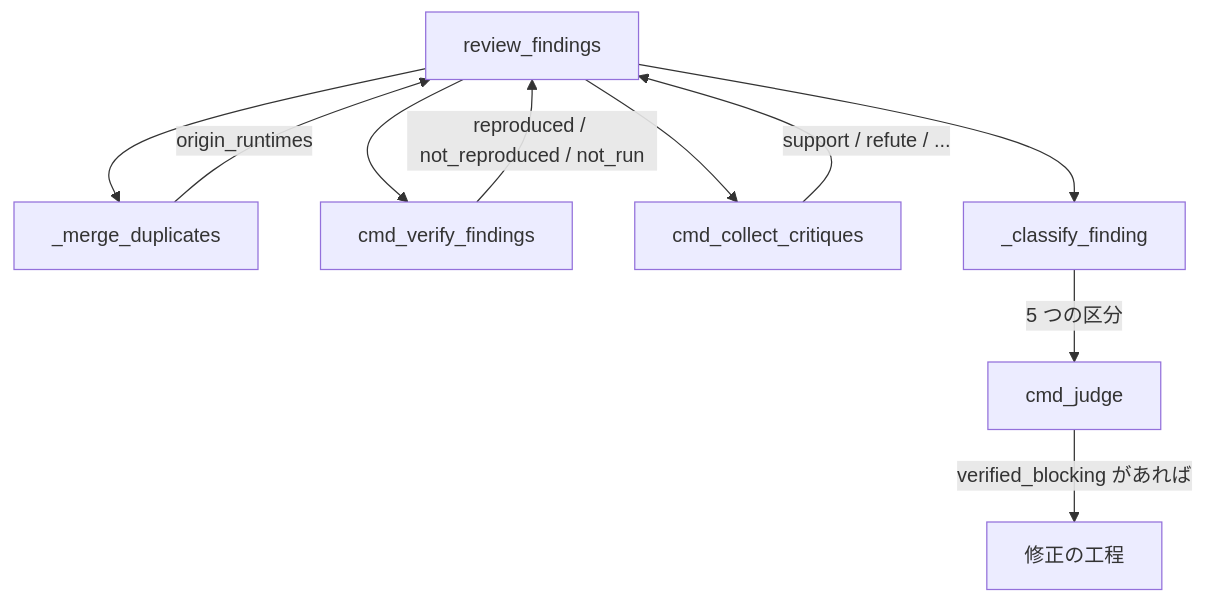
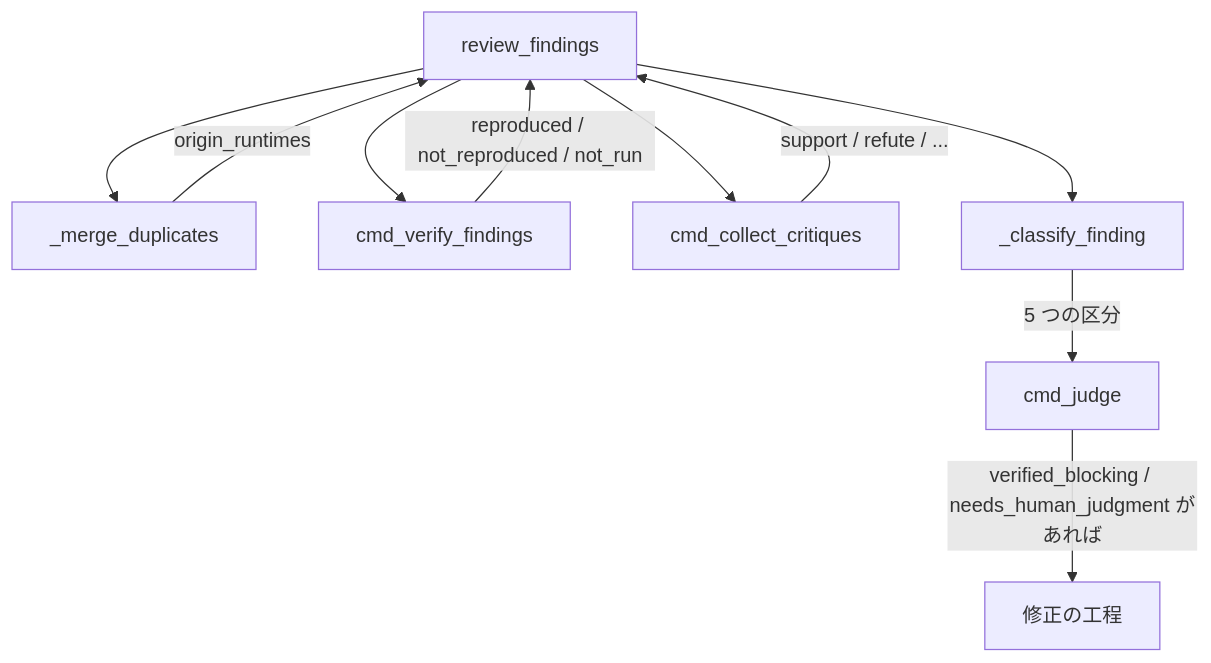
The first of 2 diagrams in issues/issue-156-pr3-design.md (devbasex/ai-plugins), drawn with Mermaid before and after one commit. The commit also changed other lines of this file, not shown here.

````diff
--- a/issues/issue-156-pr3-design.md
+++ b/issues/issue-156-pr3-design.md
@@ -40,12 +40,12 @@
 ```mermaid
 graph TD
     RF[review_findings] --> MD[_merge_duplicates]
     MD -->|origin_runtimes| RF
     RF --> VF[cmd_verify_findings]
     VF -->|reproduced / not_reproduced / not_run| RF
     RF --> CR[cmd_collect_critiques]
     CR -->|support / refute / ...| RF
     RF --> CL[_classify_finding]
     CL -->|5 つの区分| JG[cmd_judge]
-    JG -->|verified_blocking があれば| FX[修正の工程]
+    JG -->|verified_blocking / needs_human_judgment があれば| FX[修正の工程]
 ```
````
